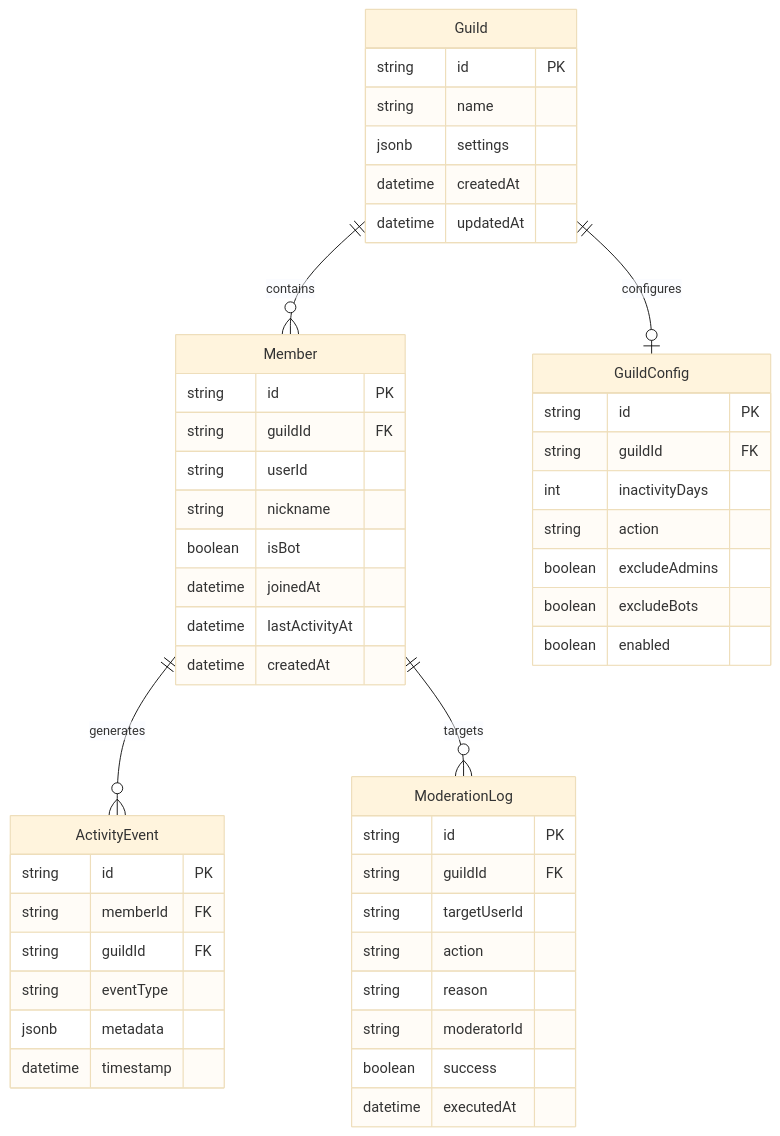
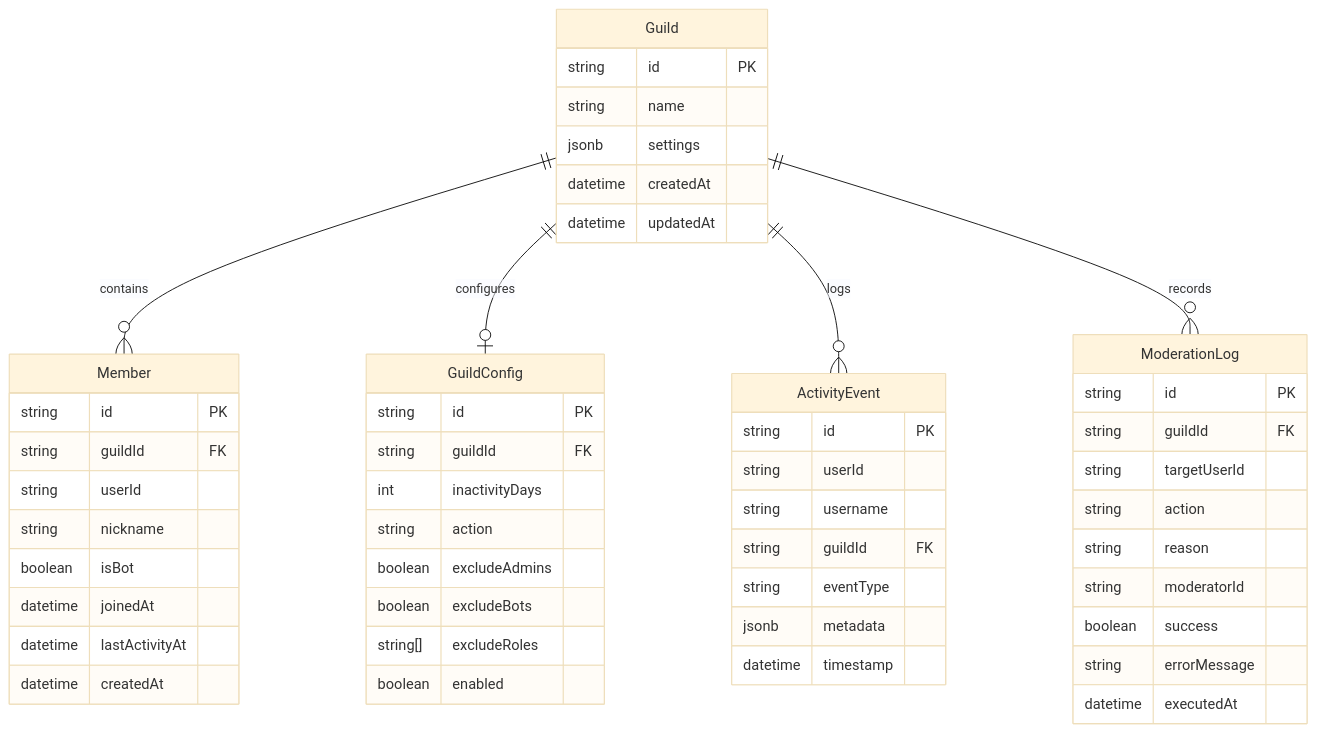
The second of 2 diagrams in Matias_Rodriguez/00-analisis-estructura/Arquitectura Bot Discord.md (Rest02/bot_discord), drawn with Mermaid (base theme) before and after one commit. The commit also changed other lines of this file and 29 other files, not shown here.

Commit message:
feat(bot_discord): implement Discord moderation bot with voice activity tracking, automated kick/ban, and Prisma backend

````diff
--- a/Matias_Rodriguez/00-analisis-estructura/Arquitectura Bot Discord.md
+++ b/Matias_Rodriguez/00-analisis-estructura/Arquitectura Bot Discord.md
@@ -133,56 +116,59 @@
 ```mermaid
 erDiagram
     Guild {
         string id PK
         string name
         jsonb settings
         datetime createdAt
         datetime updatedAt
     }
 
     Member {
         string id PK
         string guildId FK
         string userId
         string nickname
         boolean isBot
         datetime joinedAt
         datetime lastActivityAt
         datetime createdAt
     }
 
     ActivityEvent {
         string id PK
-        string memberId FK
+        string userId
+        string username
         string guildId FK
         string eventType
         jsonb metadata
         datetime timestamp
+    }
+
+    GuildConfig {
+        string id PK
+        string guildId FK
+        int inactivityDays
+        string action
+        boolean excludeAdmins
+        boolean excludeBots
+        string[] excludeRoles
+        boolean enabled
     }
 
     ModerationLog {
         string id PK
         string guildId FK
         string targetUserId
         string action
         string reason
         string moderatorId
         boolean success
+        string errorMessage
         datetime executedAt
-    }
-
-    GuildConfig {
-        string id PK
-        string guildId FK
-        int inactivityDays
-        string action
-        boolean excludeAdmins
-        boolean excludeBots
-        boolean enabled
     }
 
     Guild ||--o{ Member : contains
     Guild ||--o| GuildConfig : configures
-    Member ||--o{ ActivityEvent : generates
-    Member ||--o{ ModerationLog : targets
+    Guild ||--o{ ActivityEvent : logs
+    Guild ||--o{ ModerationLog : records
 ```
````
